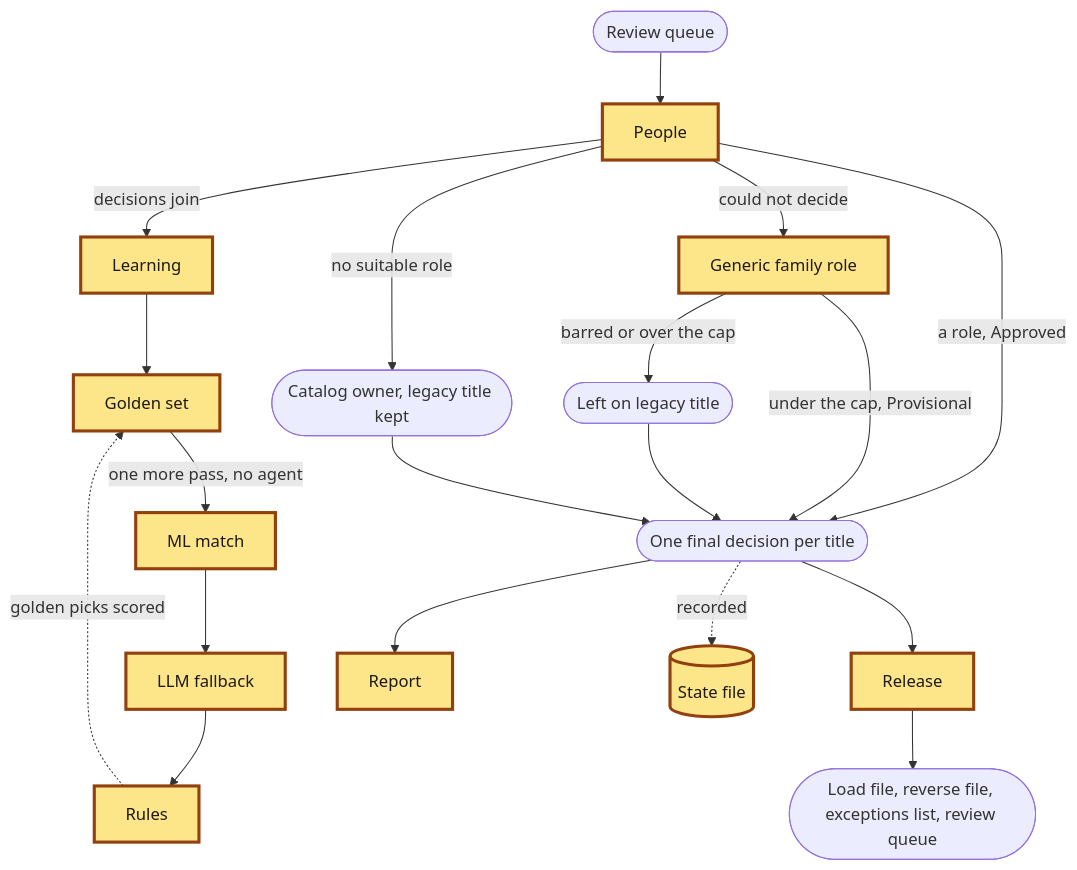
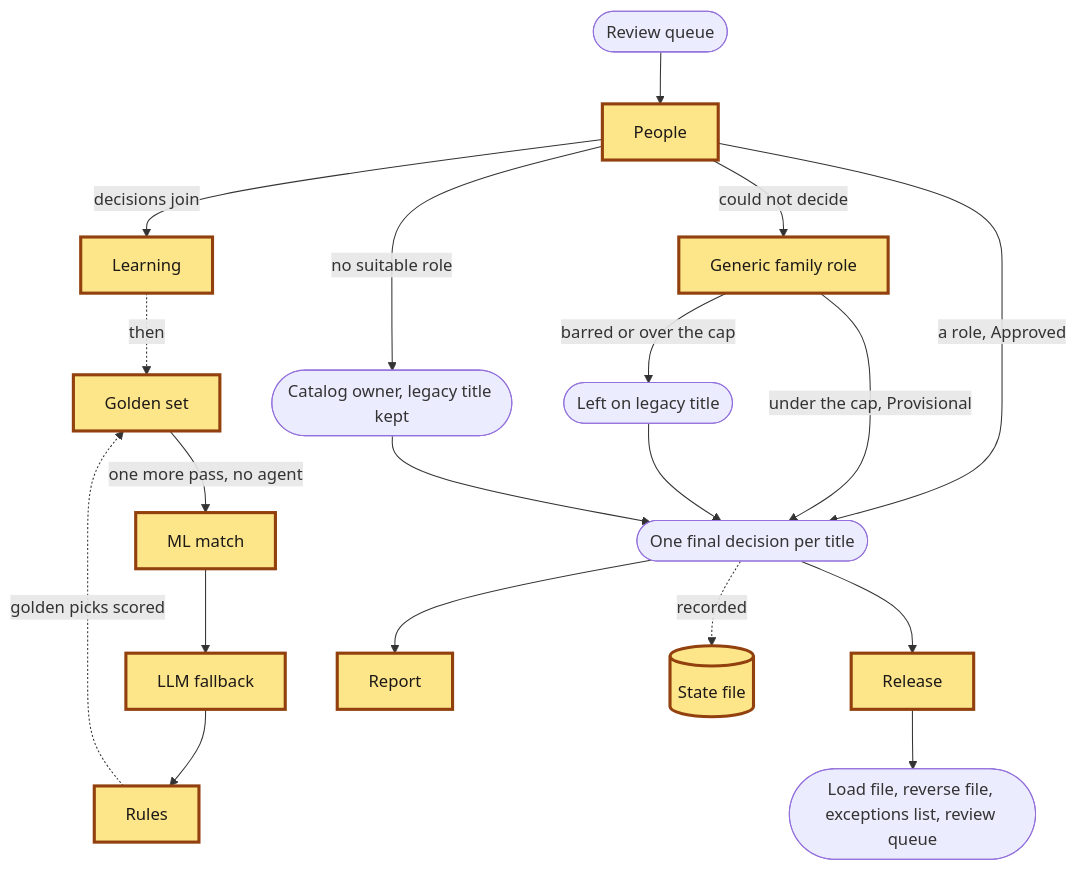
Before and after one commit to thaddeusmbrown/title-standardization-mock: the fourth of 4 diagrams in docs/architecture.md, drawn with Mermaid. The commit also changed other lines of this file and 8 other files, not shown here.

````diff
--- a/docs/architecture.md
+++ b/docs/architecture.md
@@ -116,23 +120,23 @@
 ```mermaid
 flowchart TD
     queue([Review queue]) --> people[People]
     people -->|a role, Approved| decisions([One final decision per title])
     people -->|decisions join| learning[Learning]
-    learning --> golden[Golden set]
+    learning -.->|then| golden[Golden set]
     golden -->|one more pass, no agent| ml_match[ML match]
     ml_match --> fallback[LLM fallback]
     fallback --> rules[Rules]
     rules -.->|golden picks scored| golden
     people -->|could not decide| generic[Generic family role]
     people -->|no suitable role| catalogowner([Catalog owner, legacy title kept])
     generic -->|under the cap, Provisional| decisions
     generic -->|barred or over the cap| legacy([Left on legacy title])
     legacy --> decisions
     catalogowner --> decisions
     decisions --> release[Release]
     decisions --> report[Report]
     release --> files([Load file, reverse file, exceptions list, review queue])
     decisions -.->|recorded| statefile[(State file)]
     classDef acting fill:#fde68a,stroke:#92400e,stroke-width:3px,color:#1c1917
     class people,learning,golden,ml_match,fallback,rules,generic,release,report,statefile acting
 ```
````
